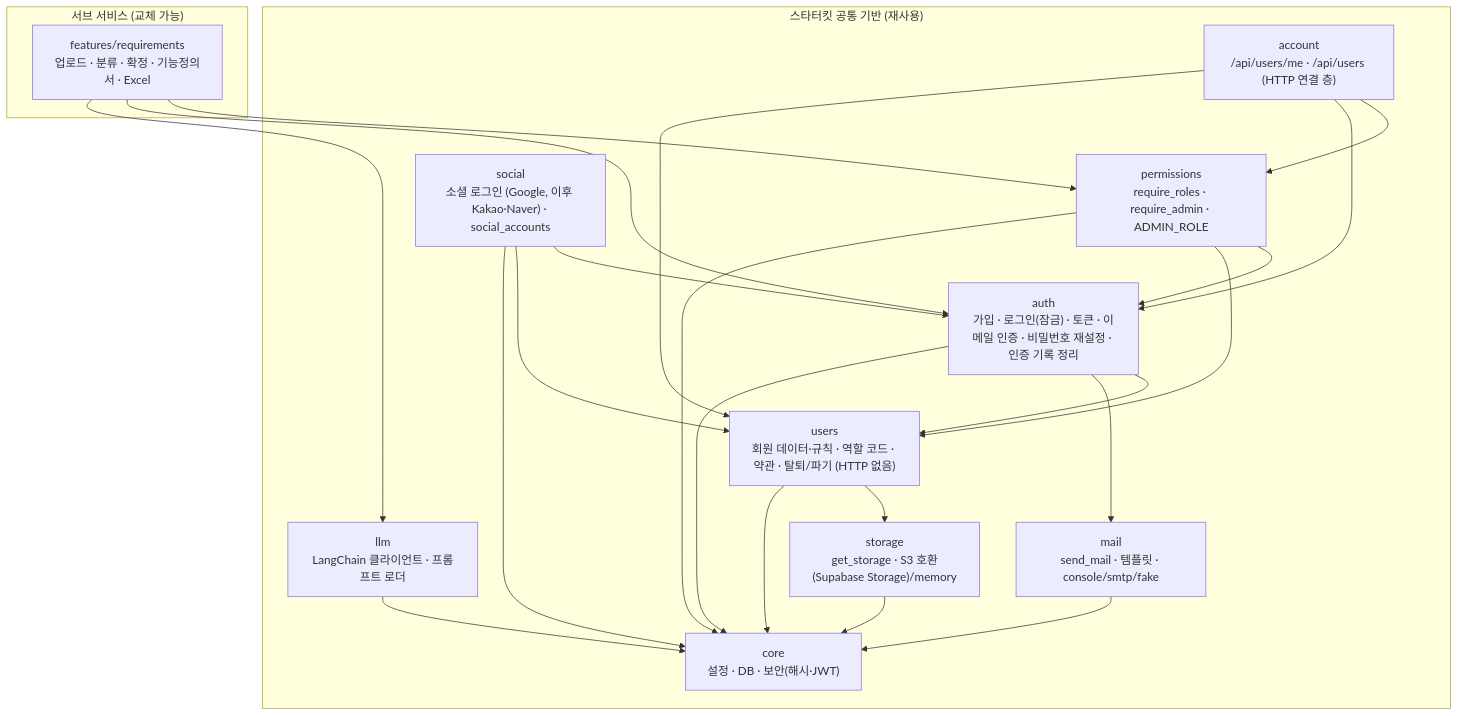
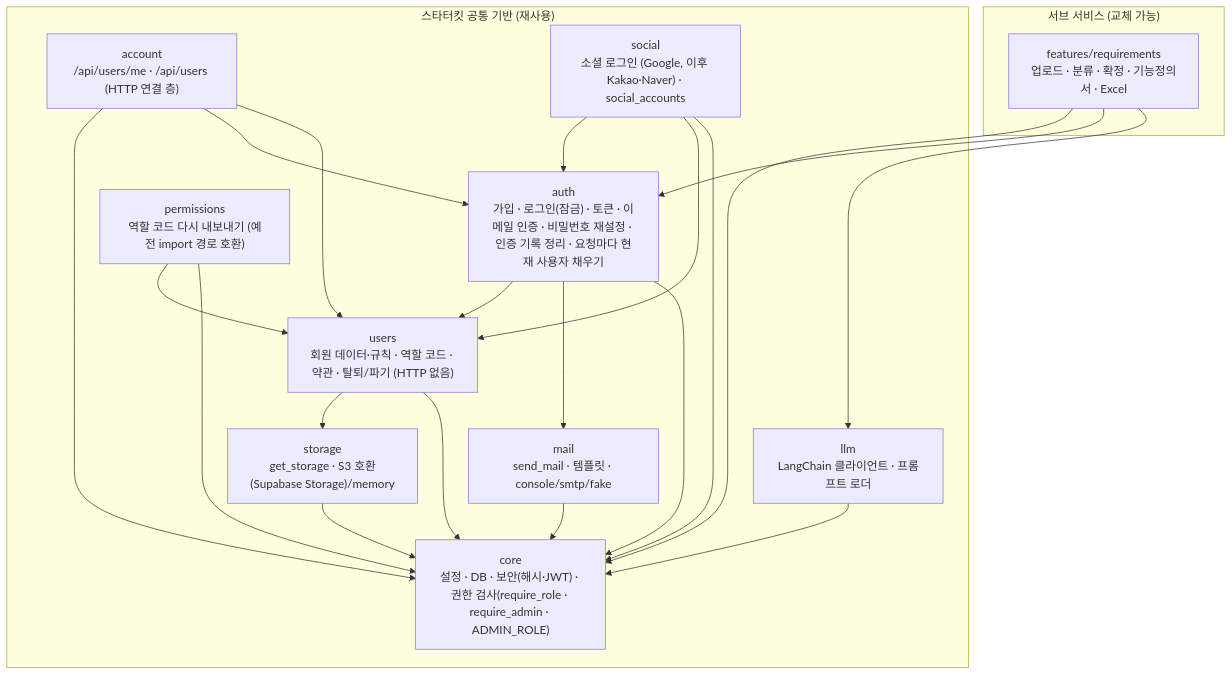
Before and after one commit to SNACKCUP/meerkit-snack: the diagram in docs/architecture.md, drawn with Mermaid. The commit also changed other lines of this file and 17 other files, not shown here.

First line of the commit message:
refactor(core): 권한 검사를 core 로 옮기고 요청마다 현재 사용자를 채움

````diff
--- a/docs/architecture.md
+++ b/docs/architecture.md
@@ -14,37 +14,36 @@
 ```mermaid
 flowchart TB
     subgraph KIT["스타터킷 공통 기반 (재사용)"]
-        core["core<br/>설정 · DB · 보안(해시·JWT)"]
+        core["core<br/>설정 · DB · 보안(해시·JWT) · 권한 검사(require_role · require_admin · ADMIN_ROLE)"]
         users["users<br/>회원 데이터·규칙 · 역할 코드 · 약관 · 탈퇴/파기 (HTTP 없음)"]
-        auth["auth<br/>가입 · 로그인(잠금) · 토큰 · 이메일 인증 · 비밀번호 재설정 · 인증 기록 정리"]
-        perm["permissions<br/>require_roles · require_admin · ADMIN_ROLE"]
+        auth["auth<br/>가입 · 로그인(잠금) · 토큰 · 이메일 인증 · 비밀번호 재설정 · 인증 기록 정리 · 요청마다 현재 사용자 채우기"]
+        perm["permissions<br/>역할 코드 다시 내보내기 (예전 import 경로 호환)"]
         account["account<br/>/api/users/me · /api/users (HTTP 연결 층)"]
         social["social<br/>소셜 로그인 (Google, 이후 Kakao·Naver) · social_accounts"]
         llm["llm<br/>LangChain 클라이언트 · 프롬프트 로더"]
         mail["mail<br/>send_mail · 템플릿 · console/smtp/fake"]
         storage["storage<br/>get_storage · S3 호환(Supabase Storage)/memory"]
     end
     subgraph FEAT["서브 서비스 (교체 가능)"]
         req["features/requirements<br/>업로드 · 분류 · 확정 · 기능정의서 · Excel"]
     end
-    req --> perm
+    req --> core
     req --> auth
     req --> llm
-    account --> perm
+    account --> core
     account --> auth
     account --> users
-    perm --> auth
     social --> auth
     social --> users
     perm --> users
     auth --> users
     auth --> mail
     users --> storage
     users --> core
     auth --> core
     social --> core
     perm --> core
     mail --> core
     llm --> core
     storage --> core
 ```
````
